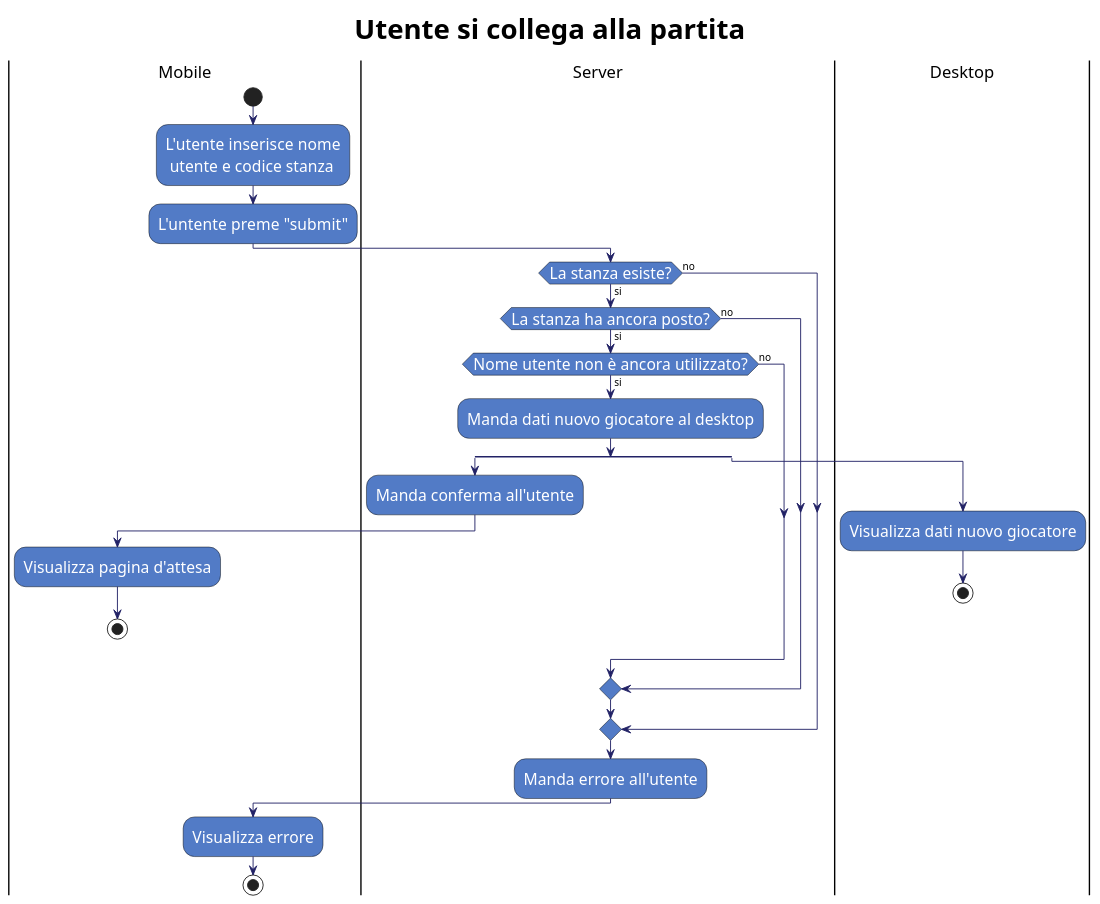
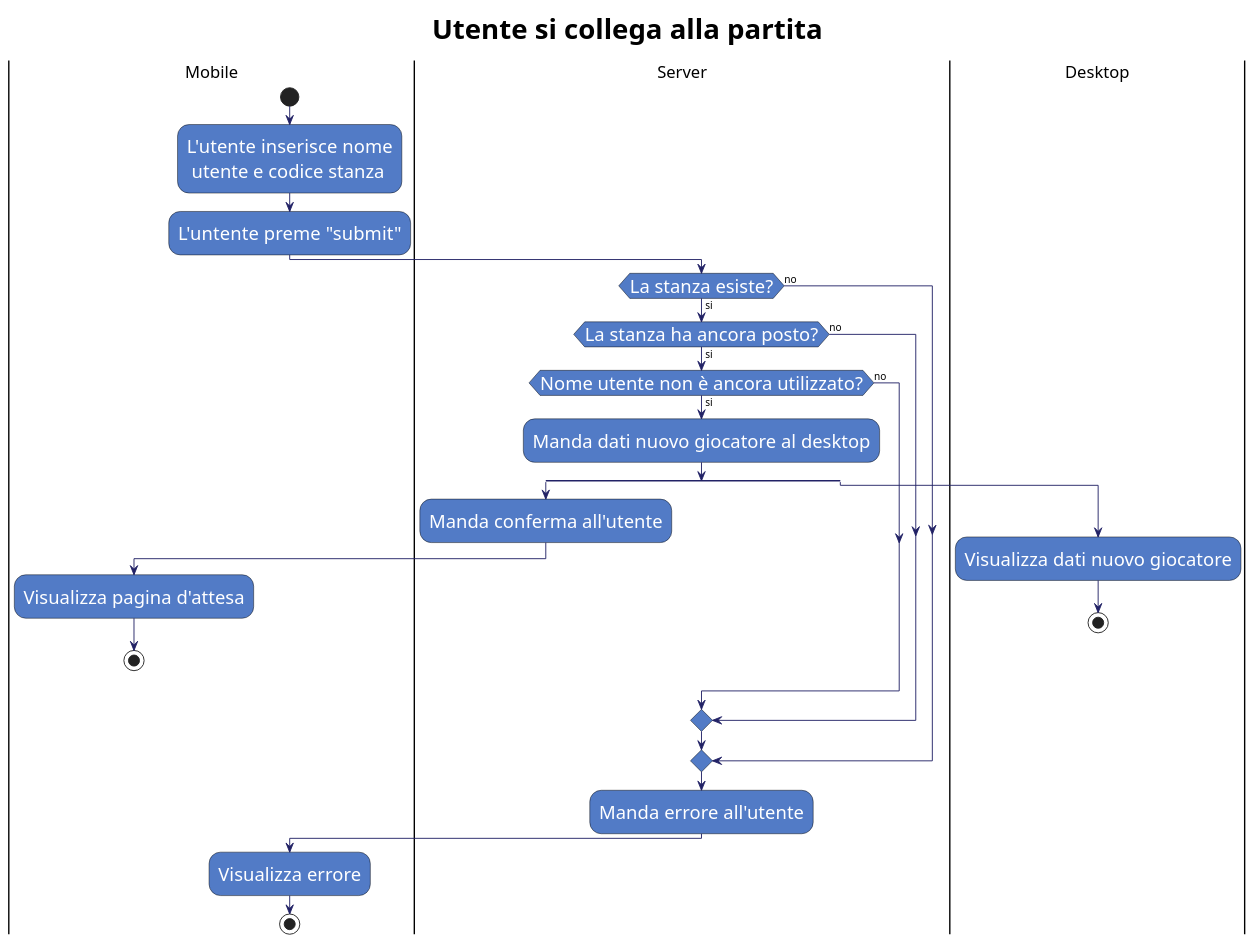
Before and after one commit to SpadeaLorenzo/Bowling2gether: the diagram in 7_Allegati/DiagrammiDIFlusso/Utente_si_collega.puml, drawn with PlantUML. The commit also changed 133 other files, not shown here.

```diff
--- a/7_Allegati/DiagrammiDIFlusso/Utente_si_collega.puml
+++ b/7_Allegati/DiagrammiDIFlusso/Utente_si_collega.puml
@@ -1,51 +1,51 @@
 @startuml name
 skinparam activity {
     FontColor          white
     AttributeFontColor white
-    FontSize           17
+    FontSize           20
     AttributeFontSize  15
     AttributeFontname  Droid Sans Mono
     BackgroundColor    #527BC6
     BorderColor        black
     ArrowColor         #222266
 }
 skinparam title {
     FontColor          black 
     FontSize           30
     AttributeFontSize  15
     AttributeFontname  Droid Sans Mono
 }
 title Utente si collega alla partita
 |Mobile|
 start
 :L'utente inserisce nome
  utente e codice stanza;
 :L'untente preme "submit";
 |Server|
 if (La stanza esiste?) is (si) then
     if (La stanza ha ancora posto?) is (si) then
         if (Nome utente non è ancora utilizzato?) is (si) then
             :Manda dati nuovo giocatore al desktop;
             split
             |Server|
             :Manda conferma all'utente;
             |Mobile|
             :Visualizza pagina d'attesa;
             stop
             split again
             |Desktop|
             :Visualizza dati nuovo giocatore;
             stop
             end split
             |Server|
         else (no)
         endif
     else (no)
     endif
 else (no)
 endif
 :Manda errore all'utente;
 |Mobile|
 :Visualizza errore;
 stop
 @enduml
```
